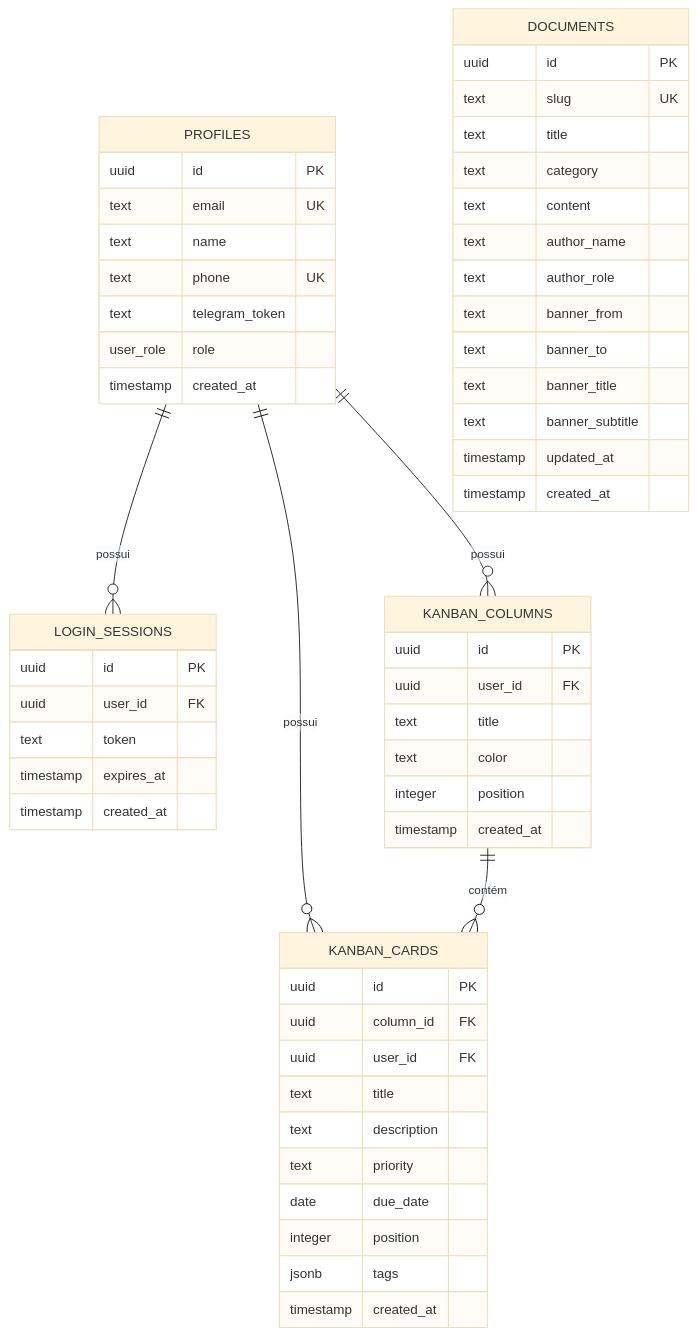
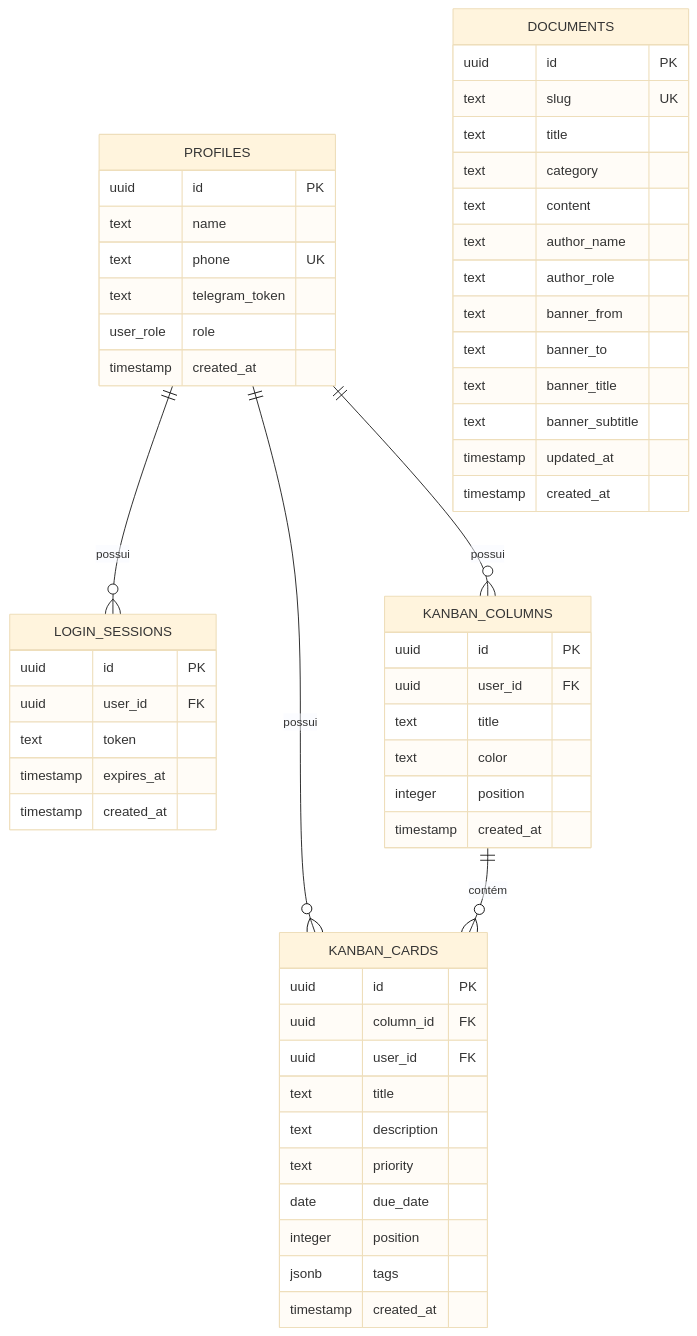
One commit to WeldercrisRibeiro/surihero changed the diagram in guide/models.md. Above: the diagram before and after it, drawn with Mermaid (base theme). The commit also changed other lines of this file and 8 other files, not shown here.

````diff
--- a/guide/models.md
+++ b/guide/models.md
@@ -9,59 +9,58 @@
 ```mermaid
 erDiagram
     PROFILES {
         uuid id PK
-        text email UK
         text name
         text phone UK
         text telegram_token
         user_role role
         timestamp created_at
     }
     LOGIN_SESSIONS {
         uuid id PK
         uuid user_id FK
         text token
         timestamp expires_at
         timestamp created_at
     }
     KANBAN_COLUMNS {
         uuid id PK
         uuid user_id FK
         text title
         text color
         integer position
         timestamp created_at
     }
     KANBAN_CARDS {
         uuid id PK
         uuid column_id FK
         uuid user_id FK
         text title
         text description
         text priority
         date due_date
         integer position
         jsonb tags
         timestamp created_at
     }
     DOCUMENTS {
         uuid id PK
         text slug UK
         text title
         text category
         text content
         text author_name
         text author_role
         text banner_from
         text banner_to
         text banner_title
         text banner_subtitle
         timestamp updated_at
         timestamp created_at
     }
 
     PROFILES ||--o{ LOGIN_SESSIONS : "possui"
     PROFILES ||--o{ KANBAN_COLUMNS : "possui"
     PROFILES ||--o{ KANBAN_CARDS : "possui"
     KANBAN_COLUMNS ||--o{ KANBAN_CARDS : "contém"
 ```
````
